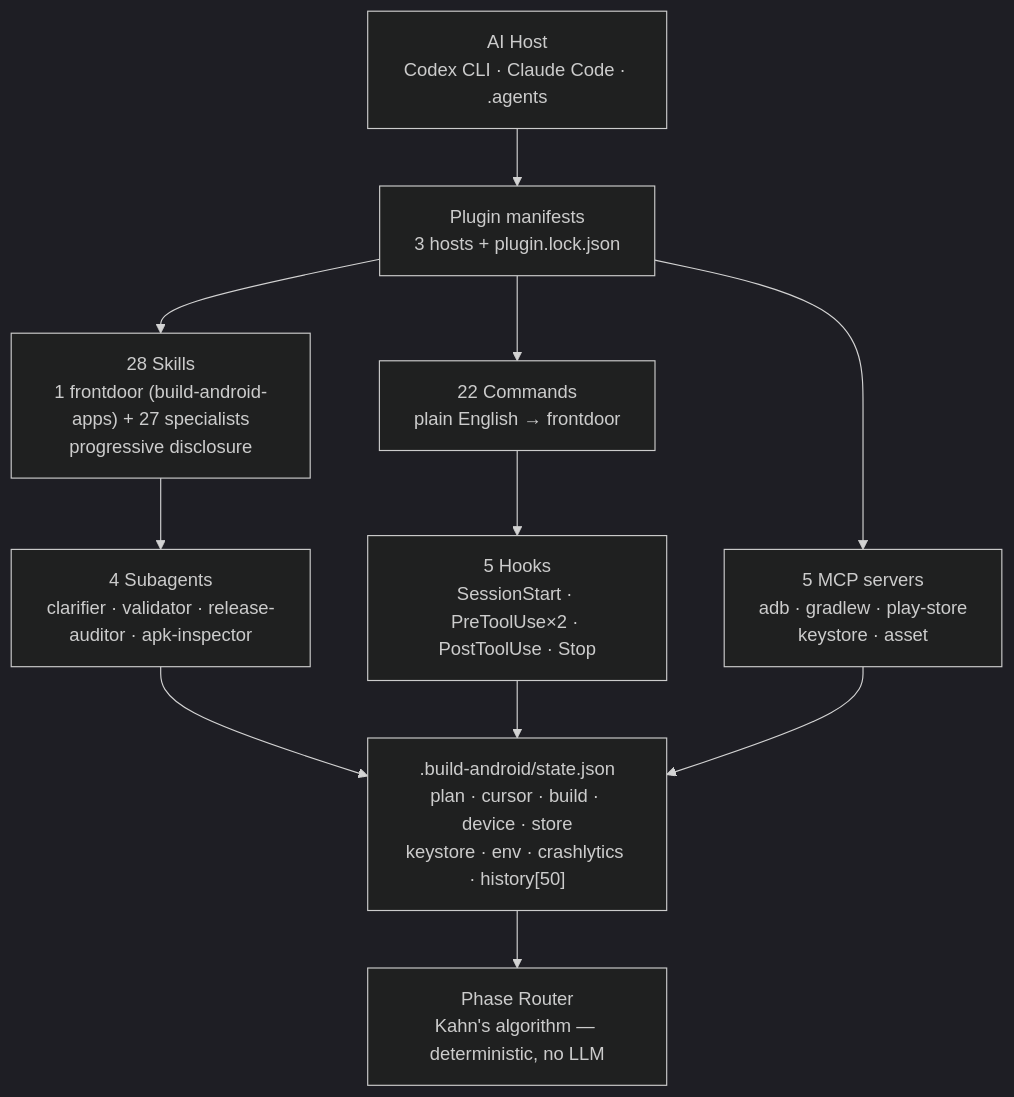
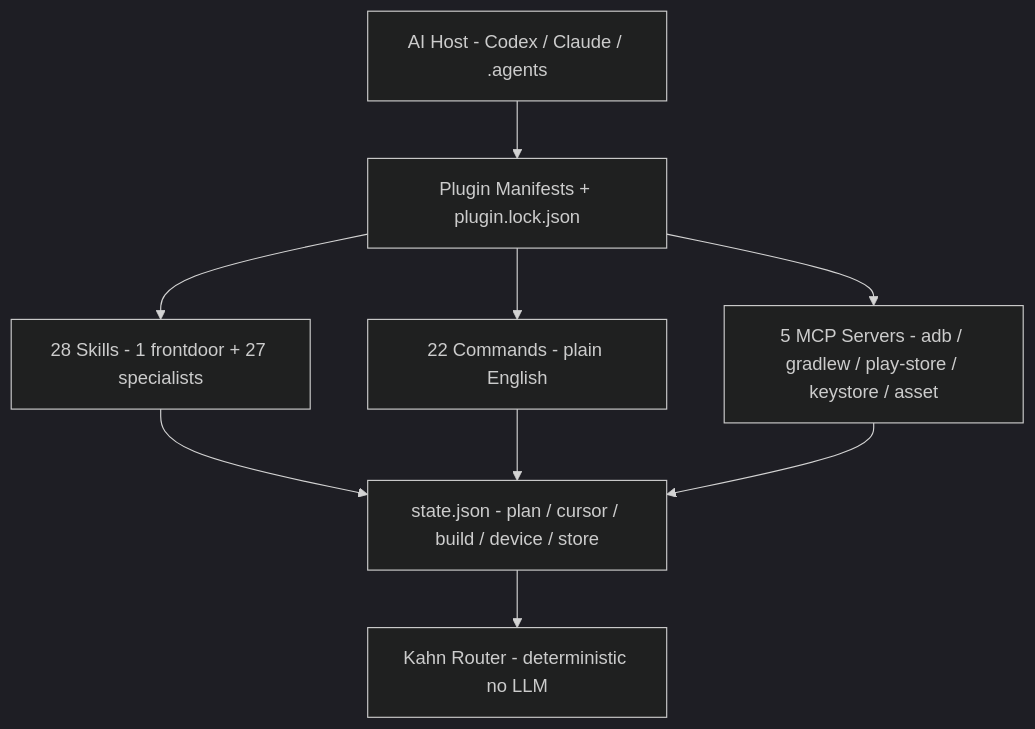
One commit to mitunmanav/build-android-apps changed the diagram in README.md. Above: the diagram before and after it, drawn with Mermaid (dark theme). The commit also changed other lines of this file, not shown here.

Commit message:
docs(readme): shorten 590→231 lines, remove collapsibles, fix mermaid, move Contributing to top nav

````diff
--- a/README.md
+++ b/README.md
@@ -186,14 +82,19 @@
 ```mermaid
 flowchart TB
-    Host["AI Host<br/>Codex CLI · Claude Code · .agents"]
-    Host --> Manifests["Plugin manifests<br/>3 hosts + plugin.lock.json"]
-    Manifests --> Skills["28 Skills<br/>1 frontdoor (build-android-apps) + 27 specialists<br/>progressive disclosure"]
-    Manifests --> Commands["22 Commands<br/>plain English → frontdoor"]
-    Manifests --> MCP["5 MCP servers<br/>adb · gradlew · play-store<br/>keystore · asset"]
-    Skills --> Agents["4 Subagents<br/>clarifier · validator · release-auditor · apk-inspector"]
-    Commands --> Hooks["5 Hooks<br/>SessionStart · PreToolUse×2 · PostToolUse · Stop"]
-    Agents --> State[".build-android/state.json<br/>plan · cursor · build · device · store<br/>keystore · env · crashlytics · history[50]"]
-    Hooks --> State
-    MCP --> State
-    State --> Router["Phase Router<br/>Kahn's algorithm — deterministic, no LLM"]
+  Host[AI Host - Codex / Claude / .agents]
+  Manifests[Plugin Manifests + plugin.lock.json]
+  Skills[28 Skills - 1 frontdoor + 27 specialists]
+  Commands[22 Commands - plain English]
+  MCP[5 MCP Servers - adb / gradlew / play-store / keystore / asset]
+  State[state.json - plan / cursor / build / device / store]
+  Router[Kahn Router - deterministic no LLM]
+
+  Host --> Manifests
+  Manifests --> Skills
+  Manifests --> Commands
+  Manifests --> MCP
+  Skills --> State
+  Commands --> State
+  MCP --> State
+  State --> Router
 ```
````
